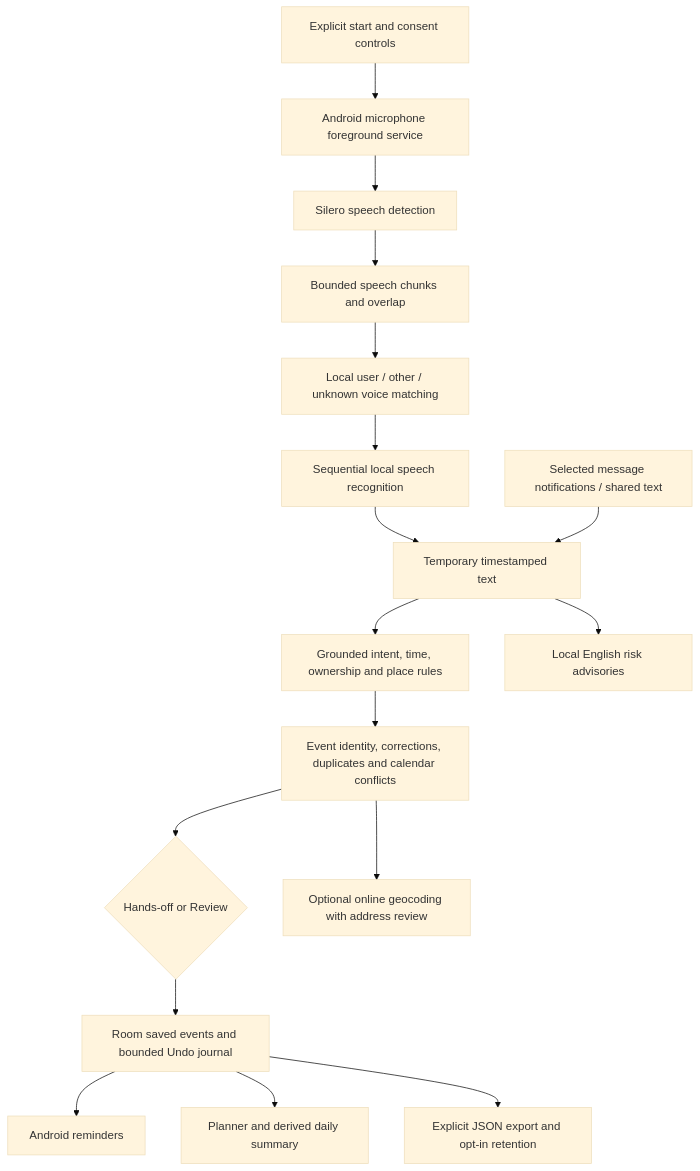
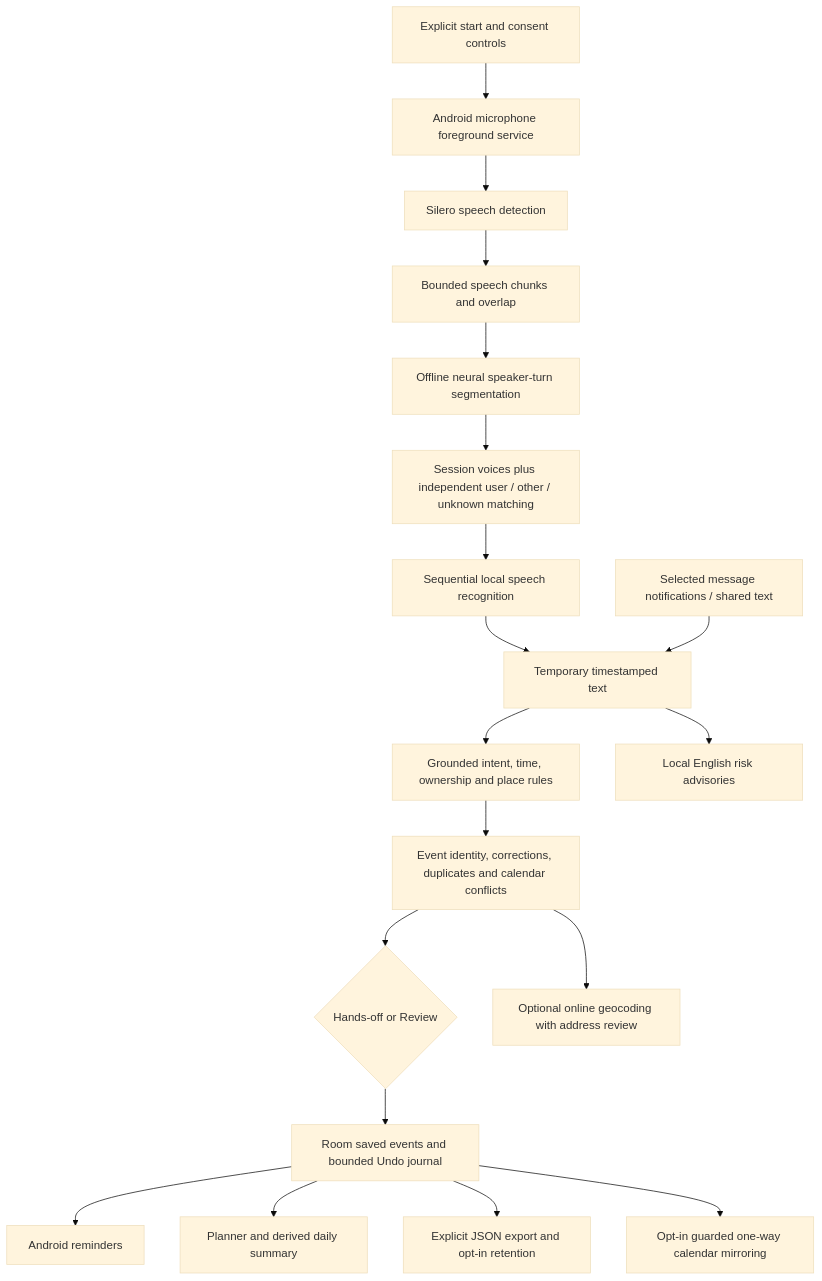
One commit to billLeeTheScienceGuy/Sidekick-Assistant changed the diagram in docs/ARCHITECTURE.md. Above: the diagram before and after it, drawn with Mermaid (base theme). The commit also changed other lines of this file and 59 other files, not shown here.

Commit message:
Add speaker turns and calendar sync

````diff
--- a/docs/ARCHITECTURE.md
+++ b/docs/ARCHITECTURE.md
@@ -3,19 +3,21 @@
 ```mermaid
 flowchart TD
   Start[Explicit start and consent controls] --> Capture[Android microphone foreground service]
   Capture --> VAD[Silero speech detection]
   VAD --> Buffer[Bounded speech chunks and overlap]
-  Buffer --> Voice[Local user / other / unknown voice matching]
+  Buffer --> Turns[Offline neural speaker-turn segmentation]
+  Turns --> Voice[Session voices plus independent user / other / unknown matching]
   Voice --> ASR[Sequential local speech recognition]
   ASR --> Text[Temporary timestamped text]
   Messages[Selected message notifications / shared text] --> Text
   Text --> Parser[Grounded intent, time, ownership and place rules]
   Text --> Risk[Local English risk advisories]
   Parser --> Context[Event identity, corrections, duplicates and calendar conflicts]
   Context --> Mode{Hands-off or Review}
   Mode --> Room[Room saved events and bounded Undo journal]
   Room --> Reminder[Android reminders]
   Room --> Planner[Planner and derived daily summary]
   Room --> Export[Explicit JSON export and opt-in retention]
+  Room --> Mirror[Opt-in guarded one-way calendar mirroring]
   Context --> Venue[Optional online geocoding with address review]
 ```
````
